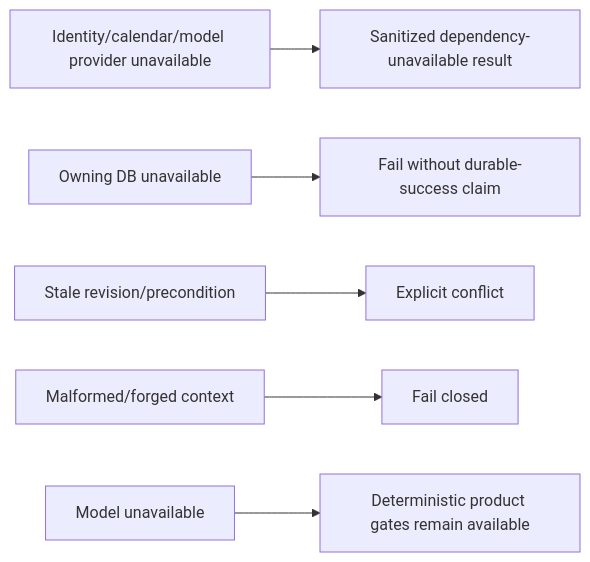
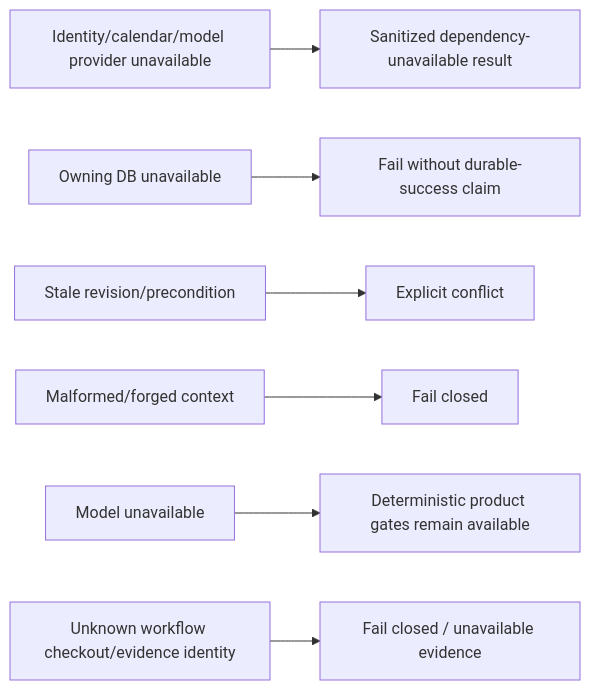
Diagram 14 of 14 in docs/UML.md (ContextualWisdomLab/life-os), drawn with Mermaid before and after one commit. The commit also changed other lines of this file, not shown here.

Commit message:
docs(uml): add rights and verification evidence flows

````diff
--- a/docs/UML.md
+++ b/docs/UML.md
@@ -178,8 +292,9 @@
 ```mermaid
 flowchart LR
     ProviderDown[Identity/calendar/model provider unavailable] --> BoundedFailure[Sanitized dependency-unavailable result]
     DbDown[Owning DB unavailable] --> NoFalseSuccess[Fail without durable-success claim]
     StaleWrite[Stale revision/precondition] --> Conflict[Explicit conflict]
     BadContext[Malformed/forged context] --> Deny[Fail closed]
     ModelDown[Model unavailable] --> Deterministic[Deterministic product gates remain available]
+    UnknownEvidence[Unknown workflow checkout/evidence identity] --> EvidenceUnavailable[Fail closed / unavailable evidence]
 ```
````
